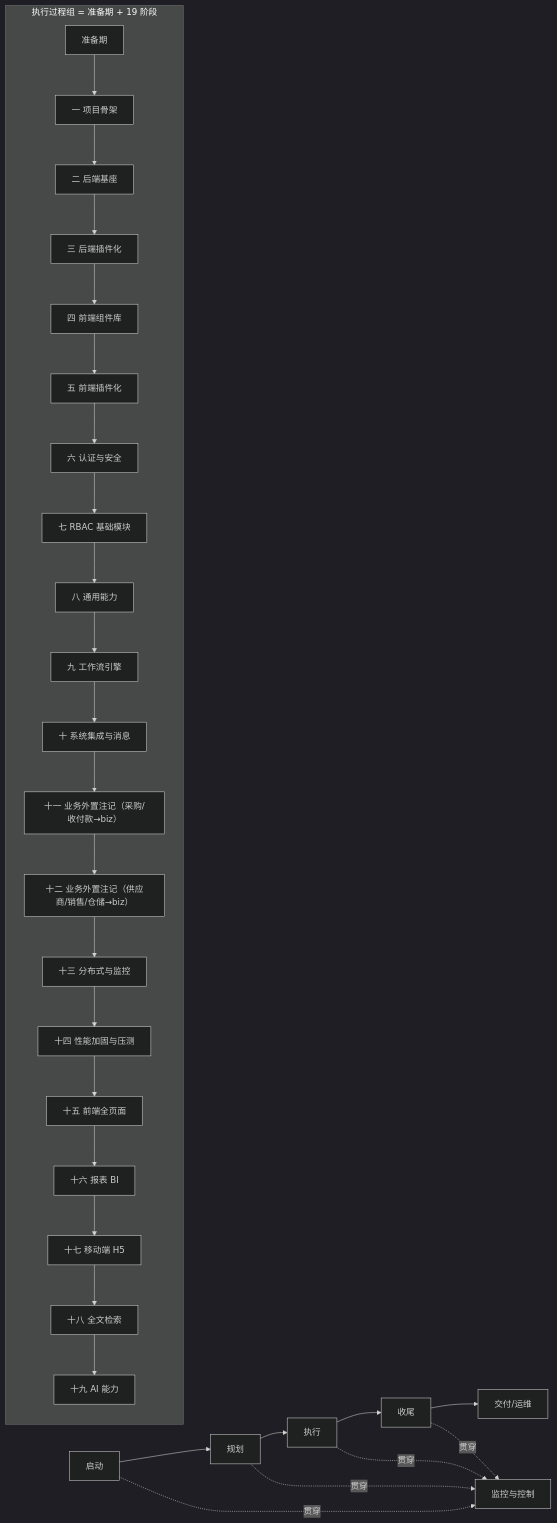
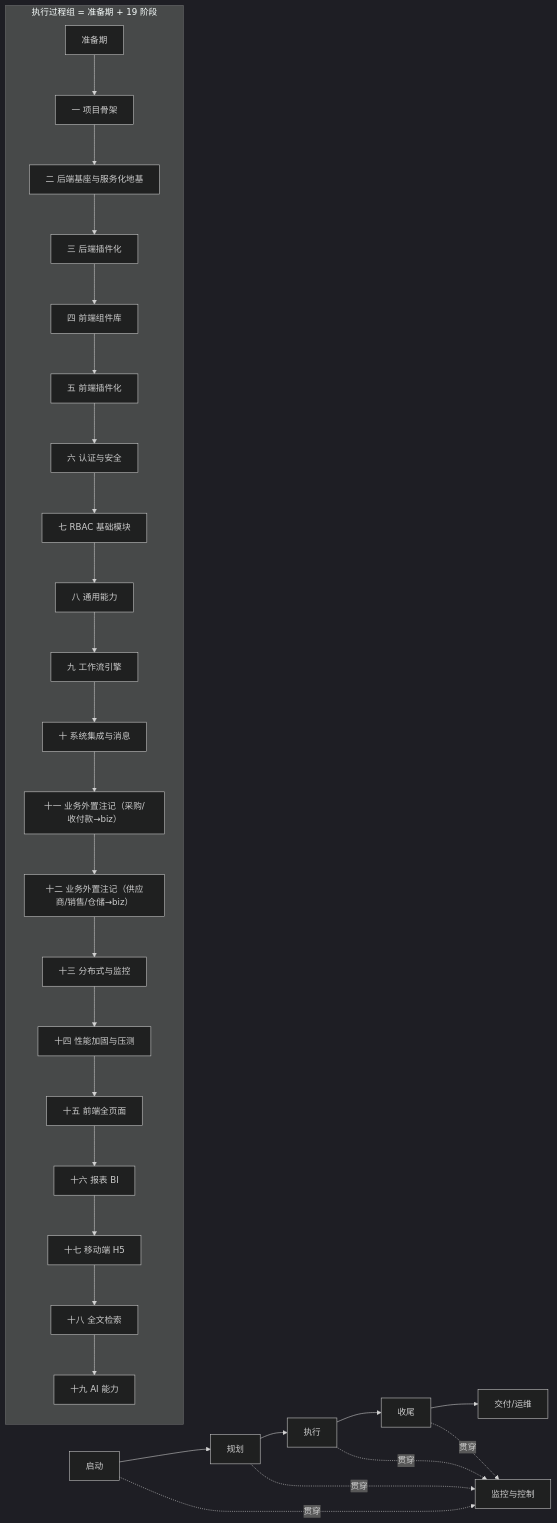
The first of 2 diagrams in bms文档/规划/总体项目规划.md (minjian123/basic-management-system), drawn with Mermaid (dark theme) before and after one commit. The commit also changed other lines of this file and 36 other files, not shown here.

````diff
--- a/bms文档/规划/总体项目规划.md
+++ b/bms文档/规划/总体项目规划.md
@@ -86,20 +87,20 @@
 ```mermaid
 flowchart LR
     A["启动"] --> B["规划"]
     B --> C["执行"]
     C --> D["收尾"]
     D --> E["交付/运维"]
     A -.->|贯穿| F["监控与控制"]
     B -.->|贯穿| F
     C -.->|贯穿| F
     D -.->|贯穿| F
 
     subgraph EXEC["执行过程组 = 准备期 + 19 阶段"]
-        P0["准备期"] --> S1["一 项目骨架"] --> S2["二 后端基座"] --> S2P["三 后端插件化"] --> S3["四 前端组件库"]
+        P0["准备期"] --> S1["一 项目骨架"] --> S2["二 后端基座与服务化地基"] --> S2P["三 后端插件化"] --> S3["四 前端组件库"]
         S3 --> S3P["五 前端插件化"] --> S4["六 认证与安全"] --> S5["七 RBAC 基础模块"] --> S6["八 通用能力"]
         S6 --> S7["九 工作流引擎"] --> S8["十 系统集成与消息"] --> S9["十一 业务外置注记（采购/收付款→biz）"]
         S9 --> S10["十二 业务外置注记（供应商/销售/仓储→biz）"] --> S11["十三 分布式与监控"] --> S12["十四 性能加固与压测"]
         S12 --> S13["十五 前端全页面"] --> S14["十六 报表 BI"] --> S15["十七 移动端 H5"]
         S15 --> S16["十八 全文检索"] --> S17["十九 AI 能力"]
     end
 ```
````
